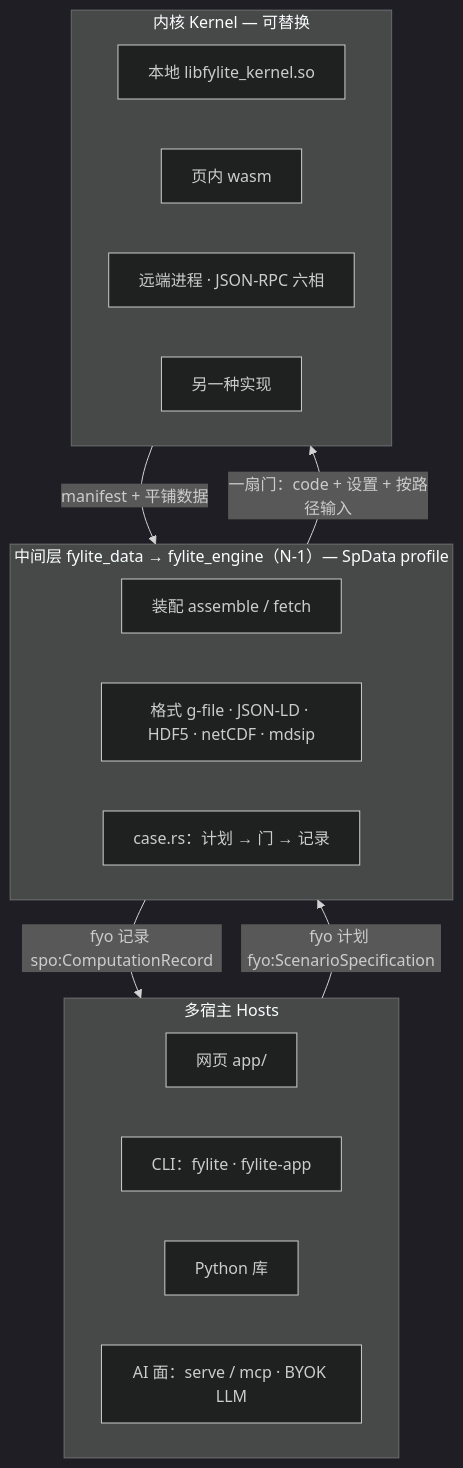
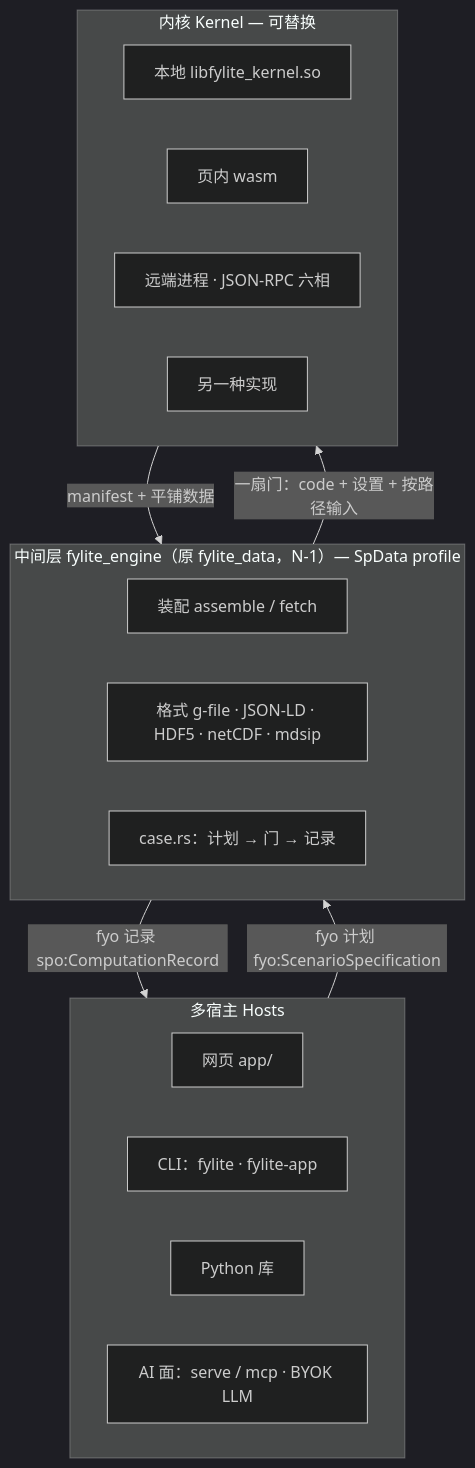
The diagram in docs/design/FYL-DESIGN-16.md (fusion-yun/fylite), drawn with Mermaid (dark theme) before and after one commit. The commit also changed other lines of this file and 154 other files, not shown here.

````diff
--- a/docs/design/FYL-DESIGN-16.md
+++ b/docs/design/FYL-DESIGN-16.md
@@ -119,24 +122,24 @@
 ```{mermaid}
 flowchart TB
   subgraph F[多宿主 Hosts]
     GUI[网页 app/]
     CLI[CLI：fylite · fylite-app]
     PY[Python 库]
     AI[AI 面：serve / mcp · BYOK LLM]
   end
-  subgraph D[中间层 fylite_data → fylite_engine（N-1）— SpData profile]
+  subgraph D[中间层 fylite_engine（原 fylite_data，N-1）— SpData profile]
     ASM[装配 assemble / fetch]
     FMT[格式 g-file · JSON-LD · HDF5 · netCDF · mdsip]
     CASE[case.rs：计划 → 门 → 记录]
   end
   subgraph K[内核 Kernel — 可替换]
     LOCAL[本地 libfylite_kernel.so]
     WASM[页内 wasm]
     REMOTE[远端进程 · JSON-RPC 六相]
     OTHER[另一种实现]
   end
   F -->|fyo 计划 fyo:ScenarioSpecification| D
   D -->|一扇门：code + 设置 + 按路径输入| K
   K -->|manifest + 平铺数据| D
   D -->|fyo 记录 spo:ComputationRecord| F
 ```
````
